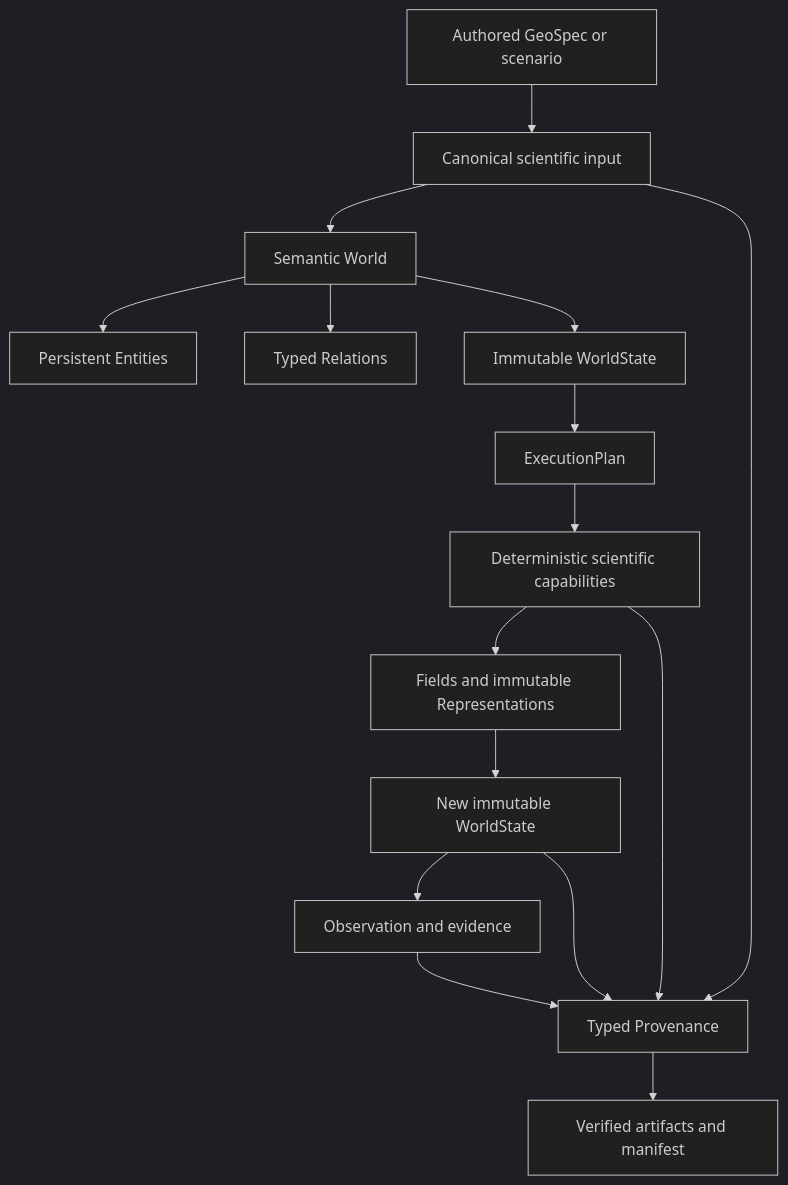
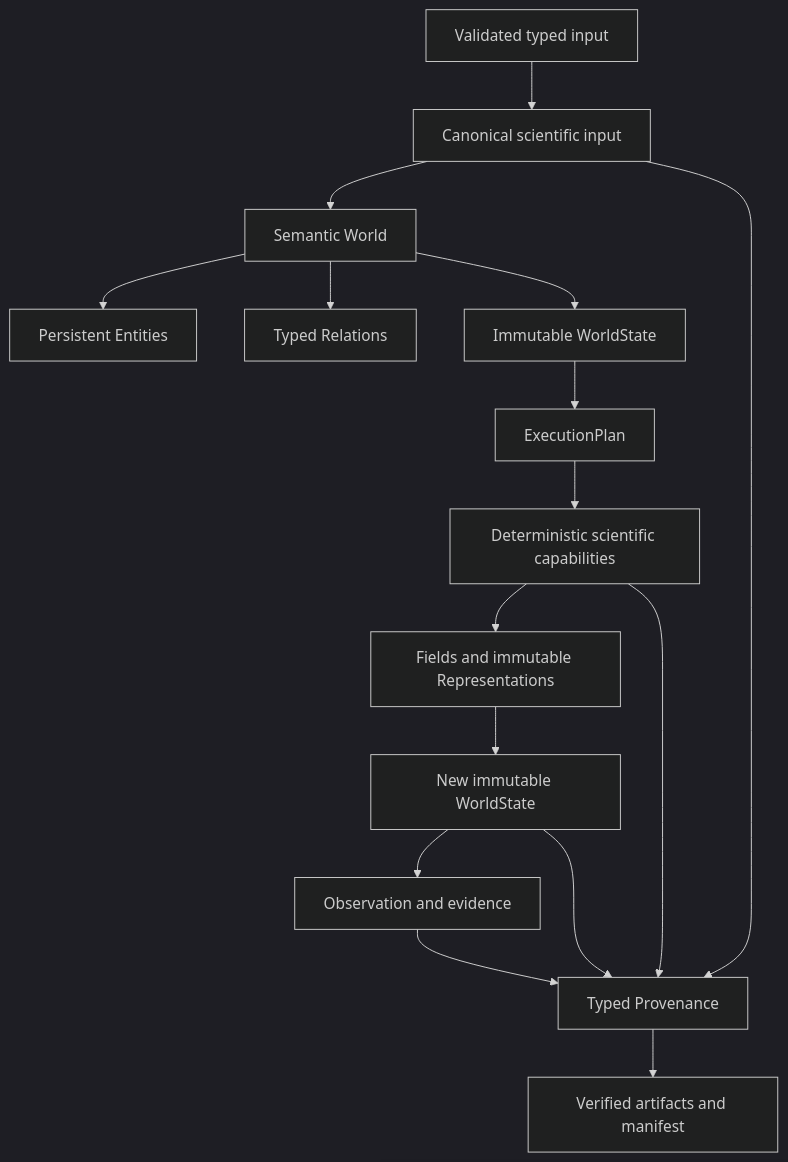
One commit to scifiss/geoworld-open changed the second of 2 diagrams in README.md. Above: the diagram before and after it, drawn with Mermaid (dark theme). The commit also changed other lines of this file and 1 other file, not shown here.

Commit message:
Clarify LLM role in GeoWorld architecture

````diff
--- a/README.md
+++ b/README.md
@@ -40,18 +122,18 @@
 ```mermaid
 flowchart TD
-    A[Authored GeoSpec or scenario] --> C[Canonical scientific input]
+    A[Validated typed input] --> C[Canonical scientific input]
     C --> W[Semantic World]
     W --> E[Persistent Entities]
     W --> R[Typed Relations]
     W --> S[Immutable WorldState]
     S --> P[ExecutionPlan]
     P --> D[Deterministic scientific capabilities]
     D --> F[Fields and immutable Representations]
     F --> N[New immutable WorldState]
     N --> O[Observation and evidence]
     C --> V[Typed Provenance]
     D --> V
     N --> V
     O --> V
     V --> X[Verified artifacts and manifest]
 ```
````
